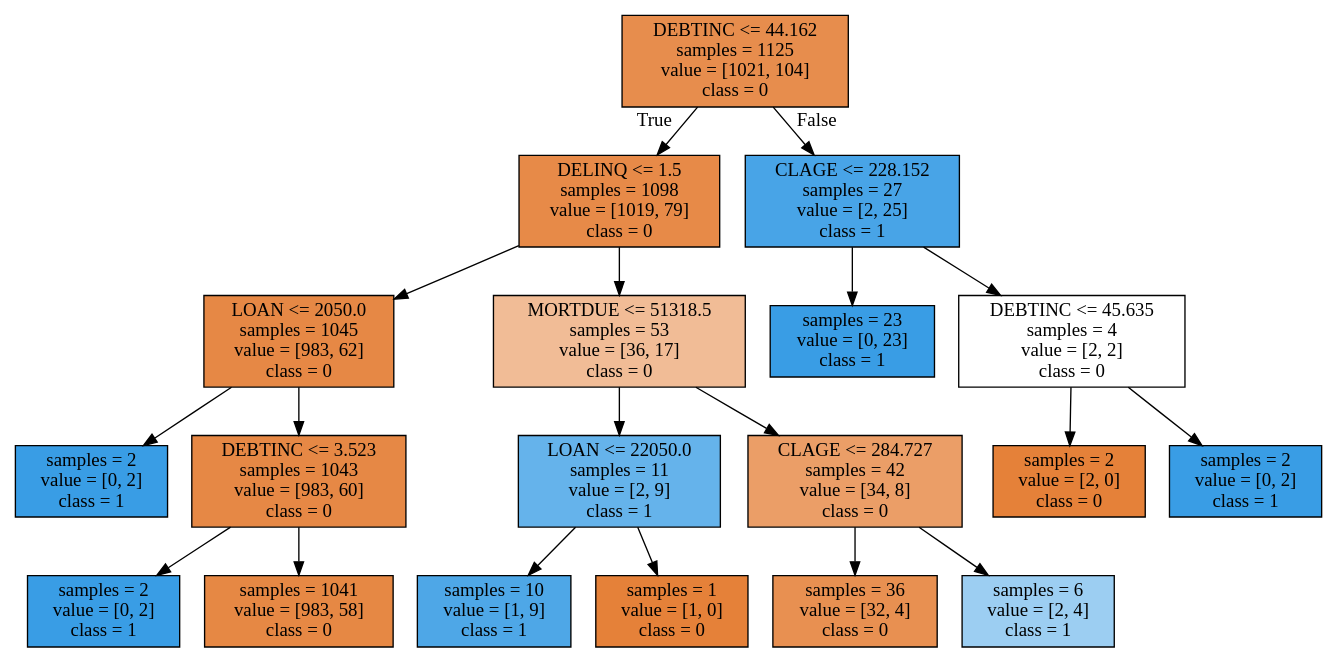
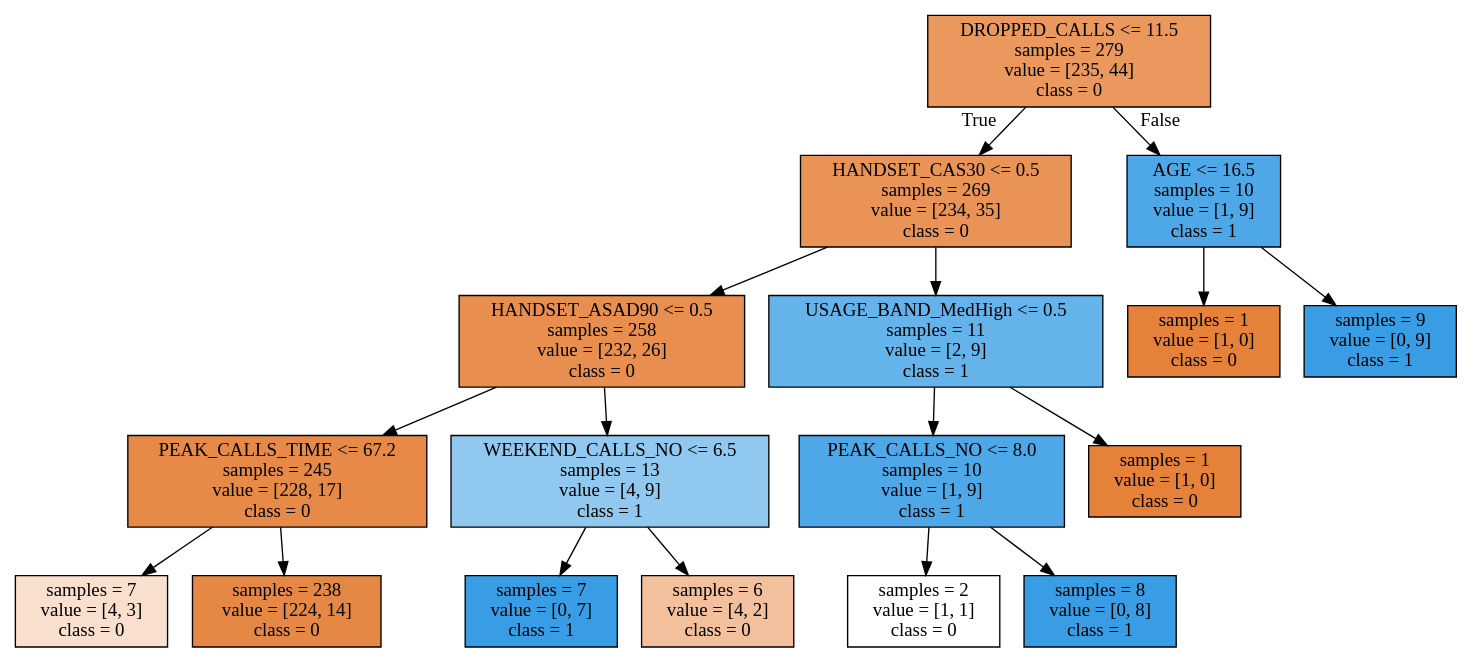
One commit to LEE010/Posco-Ai-Bigdata changed the diagram in week_4/tree.dot. Above: the diagram before and after it, drawn with Graphviz. The commit also changed 12 other files, not shown here.

```diff
--- a/week_4/tree.dot
+++ b/week_4/tree.dot
@@ -1,40 +1,36 @@
 digraph Tree {
 node [shape=box, style="filled", color="black"] ;
-0 [label="DEBTINC <= 44.162\nsamples = 1125\nvalue = [1021, 104]\nclass = 0", fillcolor="#e58139e5"] ;
-1 [label="DELINQ <= 1.5\nsamples = 1098\nvalue = [1019, 79]\nclass = 0", fillcolor="#e58139eb"] ;
+0 [label="DROPPED_CALLS <= 11.5\nsamples = 279\nvalue = [235, 44]\nclass = 0", fillcolor="#e58139cf"] ;
+1 [label="HANDSET_CAS30 <= 0.5\nsamples = 269\nvalue = [234, 35]\nclass = 0", fillcolor="#e58139d9"] ;
 0 -> 1 [labeldistance=2.5, labelangle=45, headlabel="True"] ;
-2 [label="LOAN <= 2050.0\nsamples = 1045\nvalue = [983, 62]\nclass = 0", fillcolor="#e58139ef"] ;
+2 [label="HANDSET_ASAD90 <= 0.5\nsamples = 258\nvalue = [232, 26]\nclass = 0", fillcolor="#e58139e2"] ;
 1 -> 2 ;
-3 [label="samples = 2\nvalue = [0, 2]\nclass = 1", fillcolor="#399de5ff"] ;
+3 [label="PEAK_CALLS_TIME <= 67.2\nsamples = 245\nvalue = [228, 17]\nclass = 0", fillcolor="#e58139ec"] ;
 2 -> 3 ;
-4 [label="DEBTINC <= 3.523\nsamples = 1043\nvalue = [983, 60]\nclass = 0", fillcolor="#e58139ef"] ;
-2 -> 4 ;
-5 [label="samples = 2\nvalue = [0, 2]\nclass = 1", fillcolor="#399de5ff"] ;
-4 -> 5 ;
-6 [label="samples = 1041\nvalue = [983, 58]\nclass = 0", fillcolor="#e58139f0"] ;
-4 -> 6 ;
-7 [label="MORTDUE <= 51318.5\nsamples = 53\nvalue = [36, 17]\nclass = 0", fillcolor="#e5813987"] ;
-1 -> 7 ;
-8 [label="LOAN <= 22050.0\nsamples = 11\nvalue = [2, 9]\nclass = 1", fillcolor="#399de5c6"] ;
-7 -> 8 ;
-9 [label="samples = 10\nvalue = [1, 9]\nclass = 1", fillcolor="#399de5e3"] ;
-8 -> 9 ;
-10 [label="samples = 1\nvalue = [1, 0]\nclass = 0", fillcolor="#e58139ff"] ;
-8 -> 10 ;
-11 [label="CLAGE <= 284.727\nsamples = 42\nvalue = [34, 8]\nclass = 0", fillcolor="#e58139c3"] ;
-7 -> 11 ;
-12 [label="samples = 36\nvalue = [32, 4]\nclass = 0", fillcolor="#e58139df"] ;
-11 -> 12 ;
-13 [label="samples = 6\nvalue = [2, 4]\nclass = 1", fillcolor="#399de57f"] ;
-11 -> 13 ;
-14 [label="CLAGE <= 228.152\nsamples = 27\nvalue = [2, 25]\nclass = 1", fillcolor="#399de5eb"] ;
+4 [label="samples = 7\nvalue = [4, 3]\nclass = 0", fillcolor="#e5813940"] ;
+3 -> 4 ;
+5 [label="samples = 238\nvalue = [224, 14]\nclass = 0", fillcolor="#e58139ef"] ;
+3 -> 5 ;
+6 [label="WEEKEND_CALLS_NO <= 6.5\nsamples = 13\nvalue = [4, 9]\nclass = 1", fillcolor="#399de58e"] ;
+2 -> 6 ;
+7 [label="samples = 7\nvalue = [0, 7]\nclass = 1", fillcolor="#399de5ff"] ;
+6 -> 7 ;
+8 [label="samples = 6\nvalue = [4, 2]\nclass = 0", fillcolor="#e581397f"] ;
+6 -> 8 ;
+9 [label="USAGE_BAND_MedHigh <= 0.5\nsamples = 11\nvalue = [2, 9]\nclass = 1", fillcolor="#399de5c6"] ;
+1 -> 9 ;
+10 [label="PEAK_CALLS_NO <= 8.0\nsamples = 10\nvalue = [1, 9]\nclass = 1", fillcolor="#399de5e3"] ;
+9 -> 10 ;
+11 [label="samples = 2\nvalue = [1, 1]\nclass = 0", fillcolor="#e5813900"] ;
+10 -> 11 ;
+12 [label="samples = 8\nvalue = [0, 8]\nclass = 1", fillcolor="#399de5ff"] ;
+10 -> 12 ;
+13 [label="samples = 1\nvalue = [1, 0]\nclass = 0", fillcolor="#e58139ff"] ;
+9 -> 13 ;
+14 [label="AGE <= 16.5\nsamples = 10\nvalue = [1, 9]\nclass = 1", fillcolor="#399de5e3"] ;
 0 -> 14 [labeldistance=2.5, labelangle=-45, headlabel="False"] ;
-15 [label="samples = 23\nvalue = [0, 23]\nclass = 1", fillcolor="#399de5ff"] ;
+15 [label="samples = 1\nvalue = [1, 0]\nclass = 0", fillcolor="#e58139ff"] ;
 14 -> 15 ;
-16 [label="DEBTINC <= 45.635\nsamples = 4\nvalue = [2, 2]\nclass = 0", fillcolor="#e5813900"] ;
+16 [label="samples = 9\nvalue = [0, 9]\nclass = 1", fillcolor="#399de5ff"] ;
 14 -> 16 ;
-17 [label="samples = 2\nvalue = [2, 0]\nclass = 0", fillcolor="#e58139ff"] ;
-16 -> 17 ;
-18 [label="samples = 2\nvalue = [0, 2]\nclass = 1", fillcolor="#399de5ff"] ;
-16 -> 18 ;
 }
```
